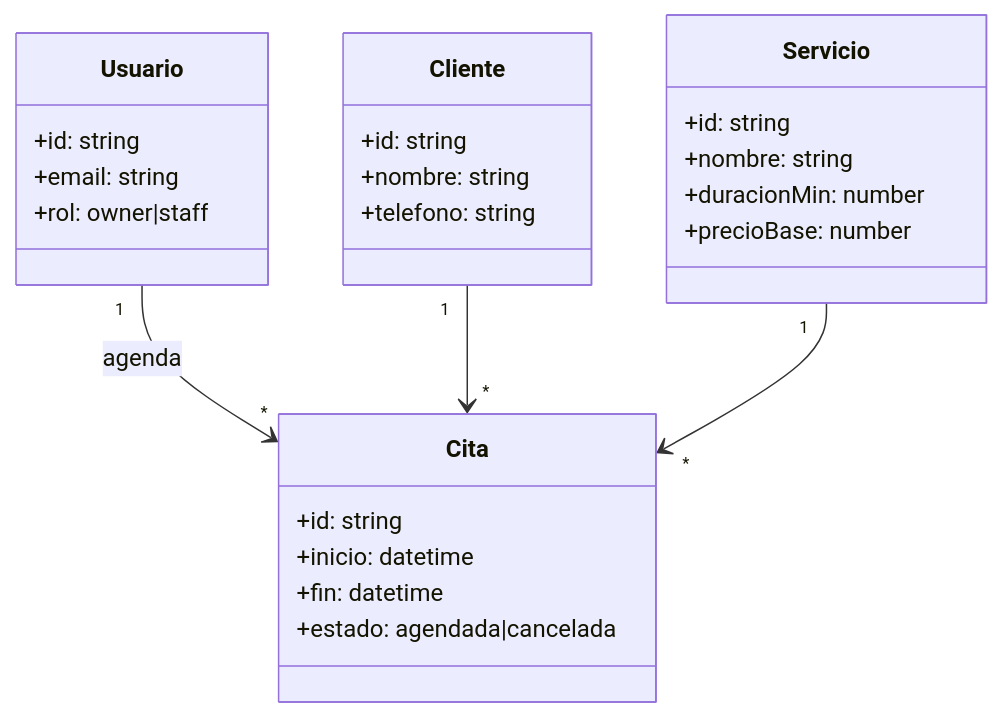
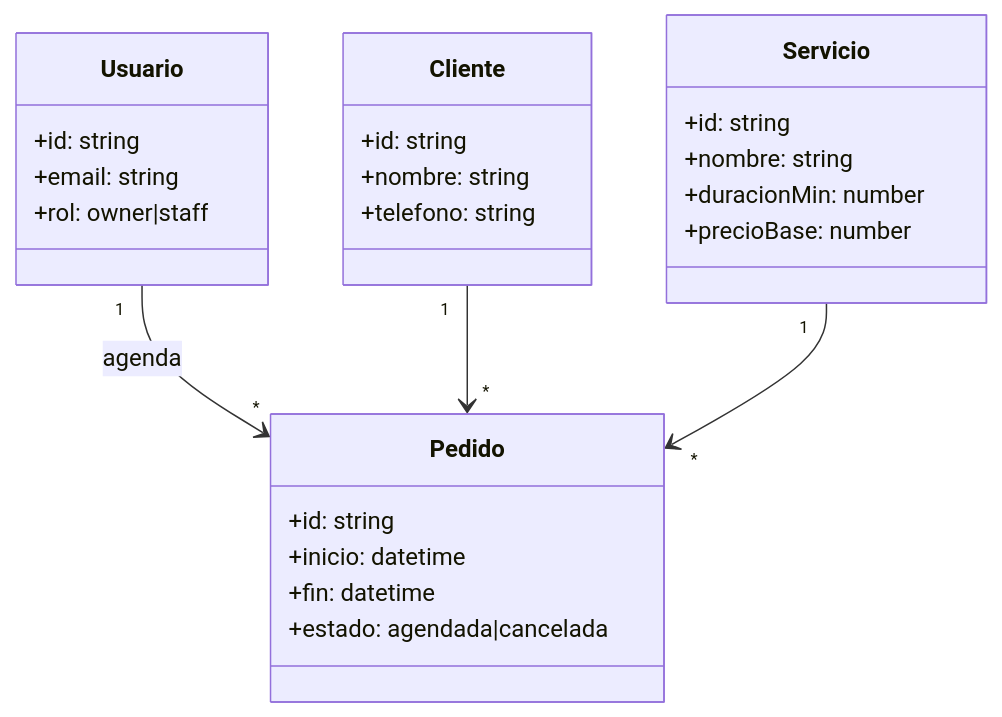
One commit to adriantaf/software-engineer changed the diagram in curriculum/etapas/02-disciplinaria/M13/L05-diagrama-de-clases-del-dominio.md. Above: the diagram before and after it, drawn with Mermaid. The commit also changed other lines of this file and 370 other files, not shown here.

````diff
--- a/curriculum/etapas/02-disciplinaria/M13/L05-diagrama-de-clases-del-dominio.md
+++ b/curriculum/etapas/02-disciplinaria/M13/L05-diagrama-de-clases-del-dominio.md
@@ -38,28 +38,28 @@
 ```mermaid
 classDiagram
   class Usuario {
     +id: string
     +email: string
     +rol: owner|staff
   }
   class Cliente {
     +id: string
     +nombre: string
     +telefono: string
   }
   class Servicio {
     +id: string
     +nombre: string
     +duracionMin: number
     +precioBase: number
   }
-  class Cita {
+  class Pedido {
     +id: string
     +inicio: datetime
     +fin: datetime
     +estado: agendada|cancelada
   }
-  Usuario "1" --> "*" Cita : agenda
-  Cliente "1" --> "*" Cita
-  Servicio "1" --> "*" Cita
+  Usuario "1" --> "*" Pedido : agenda
+  Cliente "1" --> "*" Pedido
+  Servicio "1" --> "*" Pedido
 ```
````
